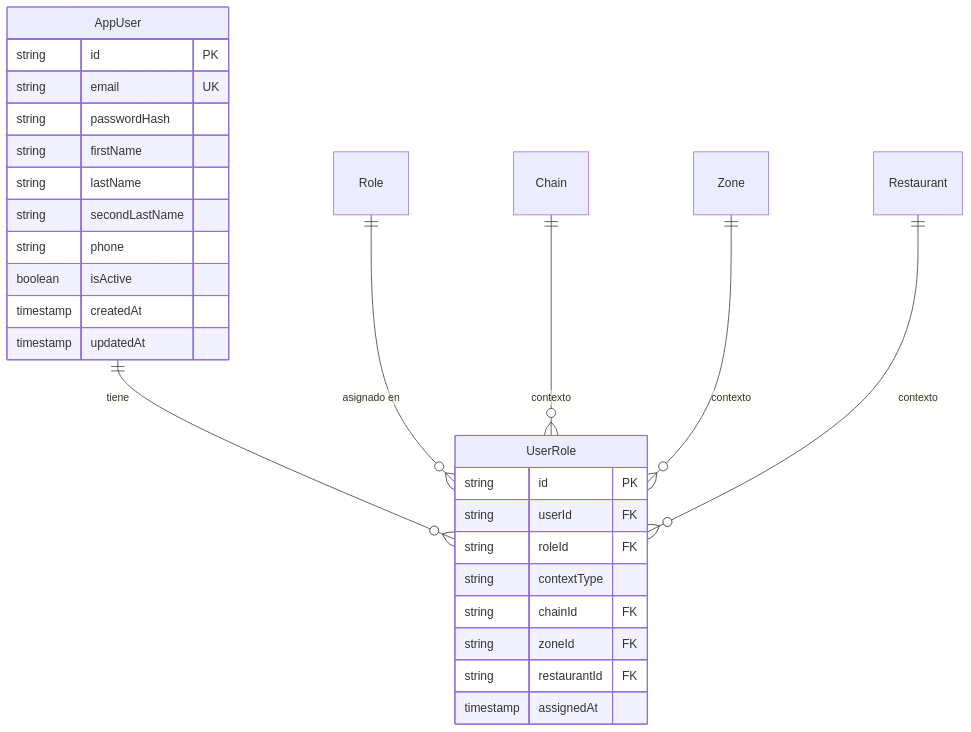
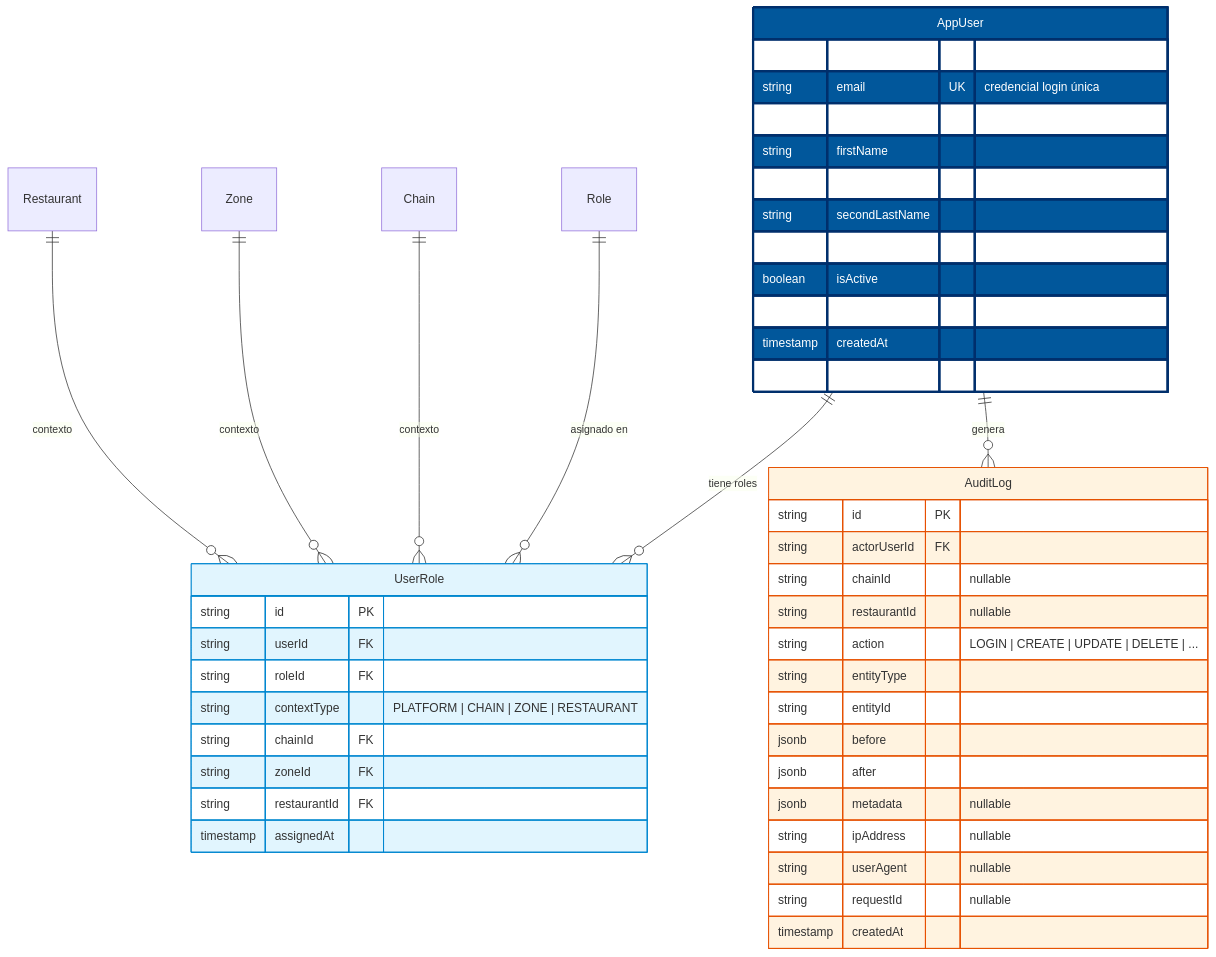
The diagram in docs/_assets/erd/dominio-03-identidad.mmd (dvillagrans/Bouquet), drawn with Mermaid before and after one commit. The commit also changed 20 other files, not shown here.

Commit message:
feat: implement centralized authentication with AppUser, RBAC, and audit logging to replace legacy staff/admin schemas

```diff
--- a/docs/_assets/erd/dominio-03-identidad.mmd
+++ b/docs/_assets/erd/dominio-03-identidad.mmd
@@ -1,31 +1,61 @@
 erDiagram
 
     AppUser {
         string id PK
-        string email UK
-        string passwordHash
+        string email UK "credencial login única"
+        string passwordHash "hash bcrypt — login centralizado"
         string firstName
         string lastName
         string secondLastName
         string phone
         boolean isActive
+        timestamp archivedAt
         timestamp createdAt
         timestamp updatedAt
     }
 
     UserRole {
         string id PK
         string userId FK
         string roleId FK
-        string contextType
+        string contextType "PLATFORM | CHAIN | ZONE | RESTAURANT"
         string chainId FK
         string zoneId FK
         string restaurantId FK
         timestamp assignedAt
     }
 
-    AppUser ||--o{ UserRole : "tiene"
+    AuditLog {
+        string id PK
+        string actorUserId FK
+        string chainId "nullable"
+        string restaurantId "nullable"
+        string action "LOGIN | CREATE | UPDATE | DELETE | ..."
+        string entityType
+        string entityId
+        jsonb before
+        jsonb after
+        jsonb metadata "nullable"
+        string ipAddress "nullable"
+        string userAgent "nullable"
+        string requestId "nullable"
+        timestamp createdAt
+    }
+
+    AppUser ||--o{ UserRole : "tiene roles"
+    AppUser ||--o{ AuditLog : "genera"
     Role ||--o{ UserRole : "asignado en"
     Chain ||--o{ UserRole : "contexto"
     Zone ||--o{ UserRole : "contexto"
     Restaurant ||--o{ UserRole : "contexto"
+
+    %% Login Centralizado: AppUser es el único punto de autenticación del sistema.
+    %% No existen tablas de credenciales por rol ni por restaurante.
+    %% RBAC contextual: UserRole asigna permisos por organización sin duplicar identidad.
+    classDef loginCentral fill:#01579b,stroke:#002f6c,stroke-width:3px,color:#fff
+    classDef rbac fill:#e1f5fe,stroke:#0288d1,stroke-width:1px
+    classDef audit fill:#fff3e0,stroke:#e65100,stroke-width:1px
+
+    class AppUser loginCentral
+    class UserRole rbac
+    class AuditLog audit
```
